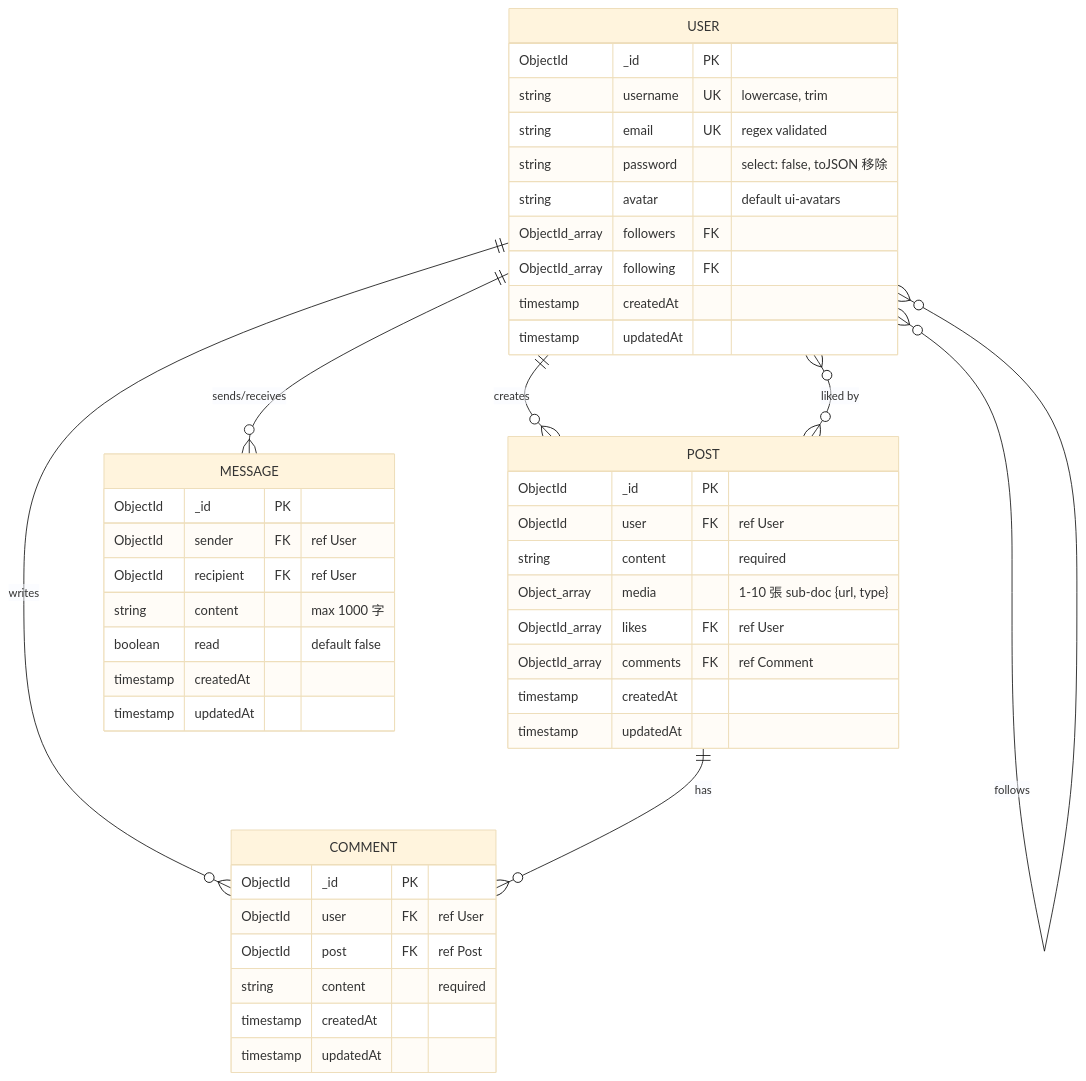
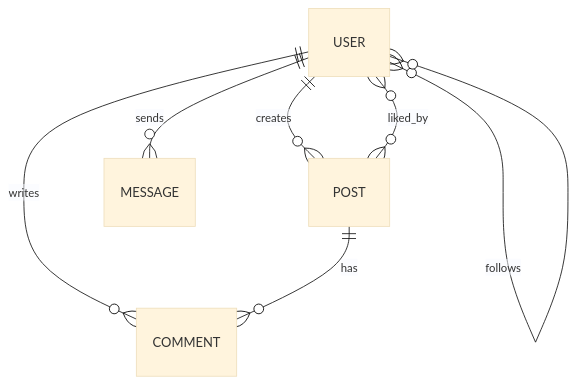
The diagram in README.md (TZUHAN07/ig-clone), drawn with Mermaid (base theme) before and after one commit. The commit also changed other lines of this file, not shown here.

````diff
--- a/README.md
+++ b/README.md
@@ -59,51 +115,9 @@
-```mermaid
+```mermaid id="vyrm8o"
 erDiagram
     USER ||--o{ POST : creates
     USER ||--o{ COMMENT : writes
     POST ||--o{ COMMENT : has
-    USER ||--o{ MESSAGE : "sends/receives"
-    USER }o--o{ USER : "follows"
-    POST }o--o{ USER : "liked by"
-
-    USER {
-        ObjectId _id PK
-        string username UK "lowercase, trim"
-        string email UK "regex validated"
-        string password "select: false, toJSON 移除"
-        string avatar "default ui-avatars"
-        ObjectId_array followers FK
-        ObjectId_array following FK
-        timestamp createdAt
-        timestamp updatedAt
-    }
-
-    POST {
-        ObjectId _id PK
-        ObjectId user FK "ref User"
-        string content "required"
-        Object_array media "1-10 張 sub-doc {url, type}"
-        ObjectId_array likes FK "ref User"
-        ObjectId_array comments FK "ref Comment"
-        timestamp createdAt
-        timestamp updatedAt
-    }
-
-    COMMENT {
-        ObjectId _id PK
-        ObjectId user FK "ref User"
-        ObjectId post FK "ref Post"
-        string content "required"
-        timestamp createdAt
-        timestamp updatedAt
-    }
-
-    MESSAGE {
-        ObjectId _id PK
-        ObjectId sender FK "ref User"
-        ObjectId recipient FK "ref User"
-        string content "max 1000 字"
-        boolean read "default false"
-        timestamp createdAt
-        timestamp updatedAt
-    }
+    USER ||--o{ MESSAGE : sends
+    USER }o--o{ USER : follows
+    POST }o--o{ USER : liked_by
 ```
````
